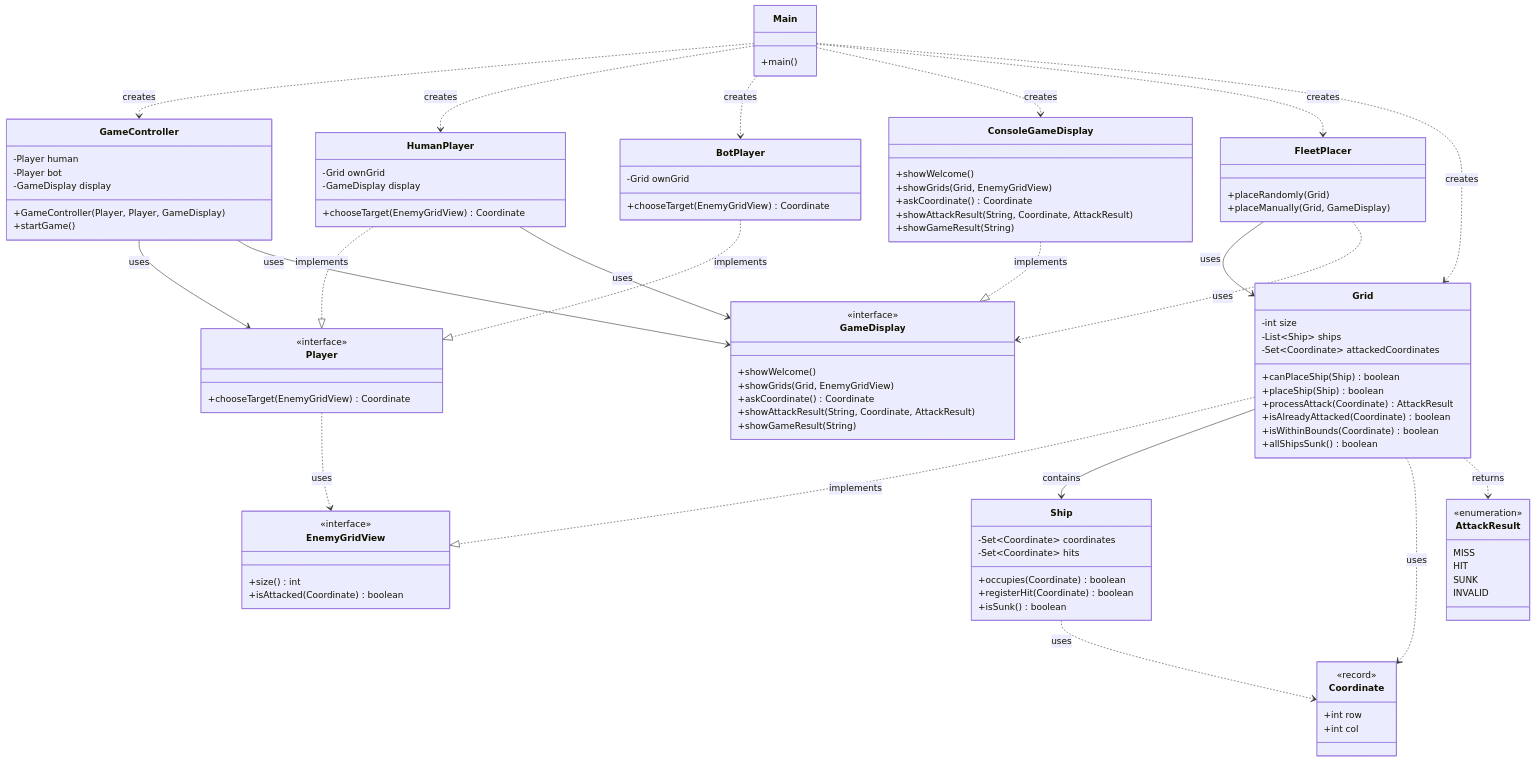
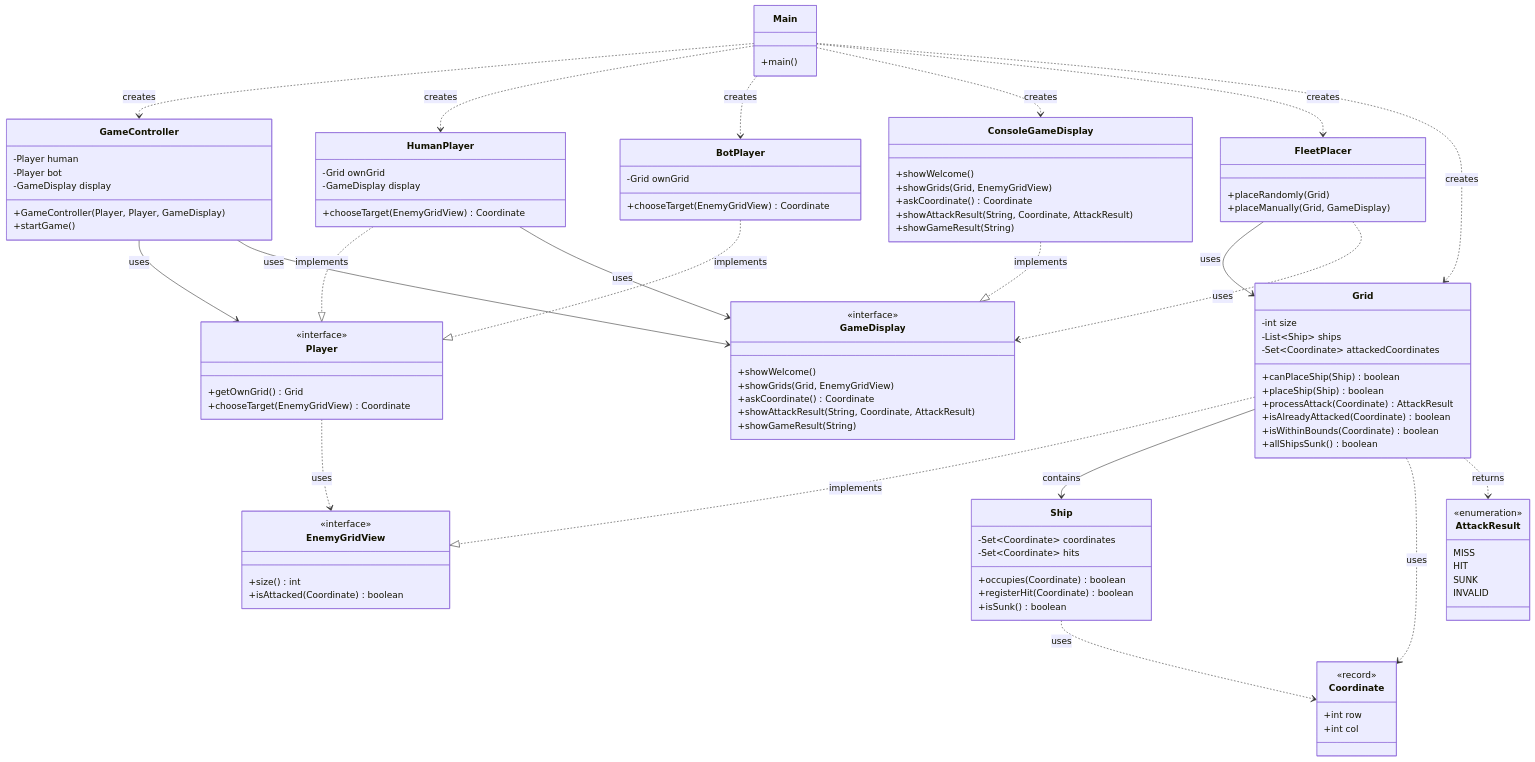
One commit to m-kuleshov/console-battleship changed the diagram in README.md. Above: the diagram before and after it, drawn with Mermaid.

Commit message:
added getOwnGrid to Player interface

```diff
--- a/README.md
+++ b/README.md
@@ -89,6 +89,7 @@
 
     class Player {
         <<interface>>
+        +getOwnGrid() Grid
         +chooseTarget(EnemyGridView) Coordinate
     }
 
```
